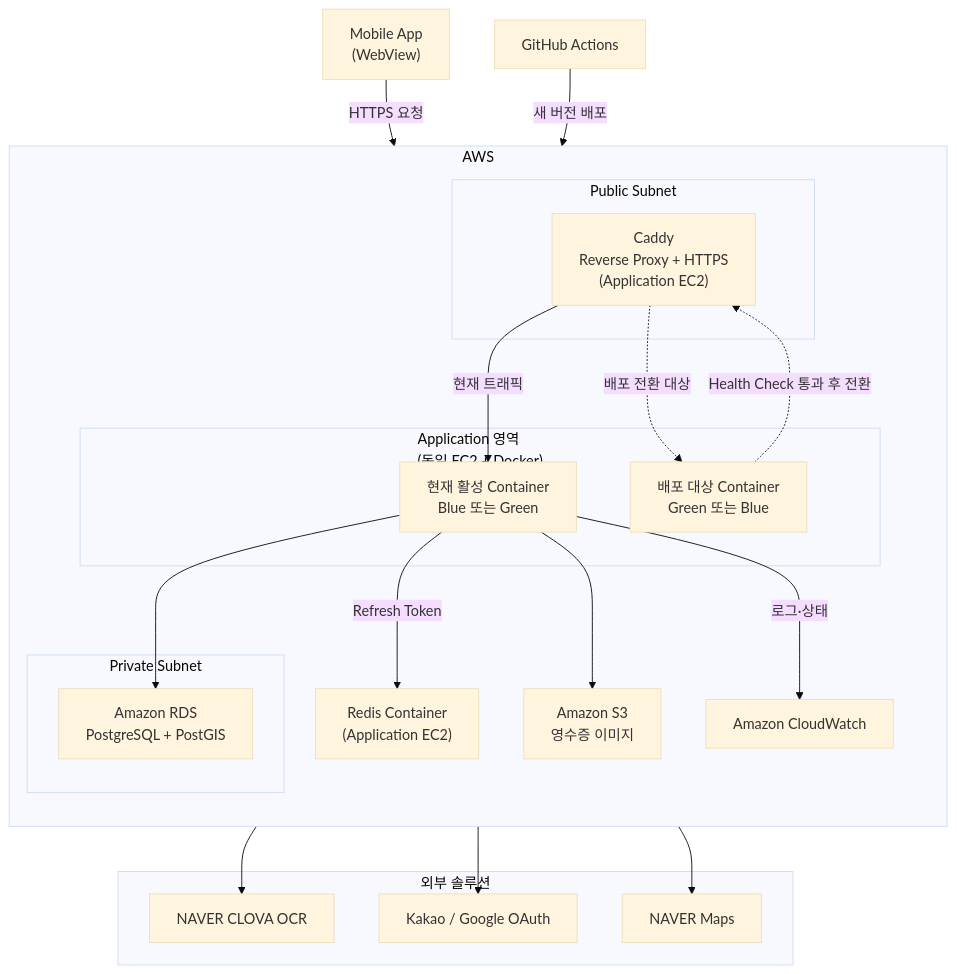
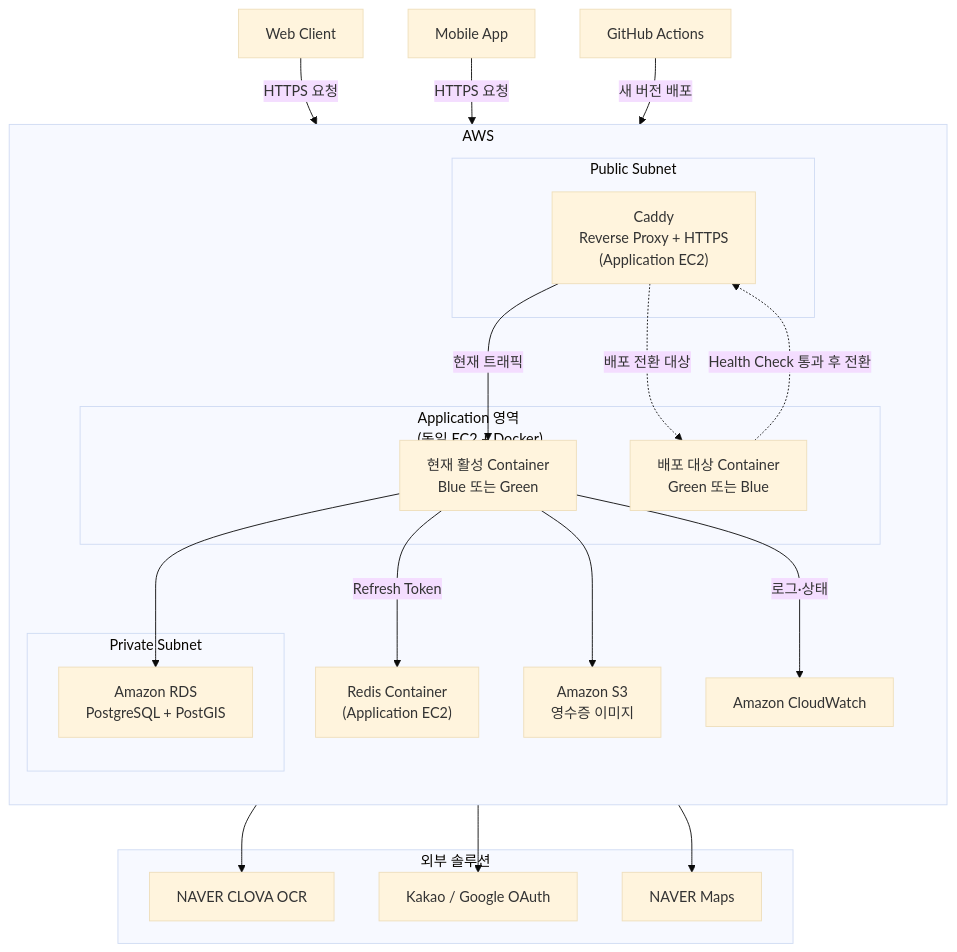
The first of 3 diagrams in docs/architecture.md (dnd-side-project/dnd-15th-5-backend), drawn with Mermaid (base theme) before and after one commit. The commit also changed other lines of this file, not shown here.

Commit message:
docs: WEB/APP 인증 구조 반영

````diff
--- a/docs/architecture.md
+++ b/docs/architecture.md
@@ -68,49 +69,51 @@
 ```mermaid
 flowchart TB
-    Client["Mobile App<br/>(WebView)"]
+    Web["Web Client"]
+    AppClient["Mobile App"]
     GitHubActions["GitHub Actions"]
 
     subgraph AWS["AWS"]
         direction TB
 
         subgraph PublicSubnet["Public Subnet"]
             Caddy["Caddy<br/>Reverse Proxy + HTTPS<br/>(Application EC2)"]
         end
 
         subgraph App["Application 영역<br/>(동일 EC2 + Docker)"]
             Active["현재 활성 Container<br/>Blue 또는 Green"]
             Standby["배포 대상 Container<br/>Green 또는 Blue"]
         end
 
         subgraph PrivateSubnet["Private Subnet"]
             RDS["Amazon RDS<br/>PostgreSQL + PostGIS"]
         end
 
         Redis["Redis Container<br/>(Application EC2)"]
         S3["Amazon S3<br/>영수증 이미지"]
         CloudWatch["Amazon CloudWatch"]
     end
 
     subgraph External["외부 솔루션"]
         Clova["NAVER CLOVA OCR"]
         OAuth["Kakao / Google OAuth"]
         Map["NAVER Maps"]
     end
 
-    Client -->|"HTTPS 요청"| Caddy
+    Web -->|"HTTPS 요청"| Caddy
+    AppClient -->|"HTTPS 요청"| Caddy
 
     Caddy -->|"현재 트래픽"| Active
     Caddy -.->|"배포 전환 대상"| Standby
 
     GitHubActions -->|"새 버전 배포"| Standby
     Standby -.->|"Health Check 통과 후 전환"| Caddy
 
     Active --> RDS
     Active -->|"Refresh Token"| Redis
     Active --> S3
     Active --> Clova
     Active --> OAuth
     Active --> Map
     Active -->|"로그·상태"| CloudWatch
 
 ```
````
